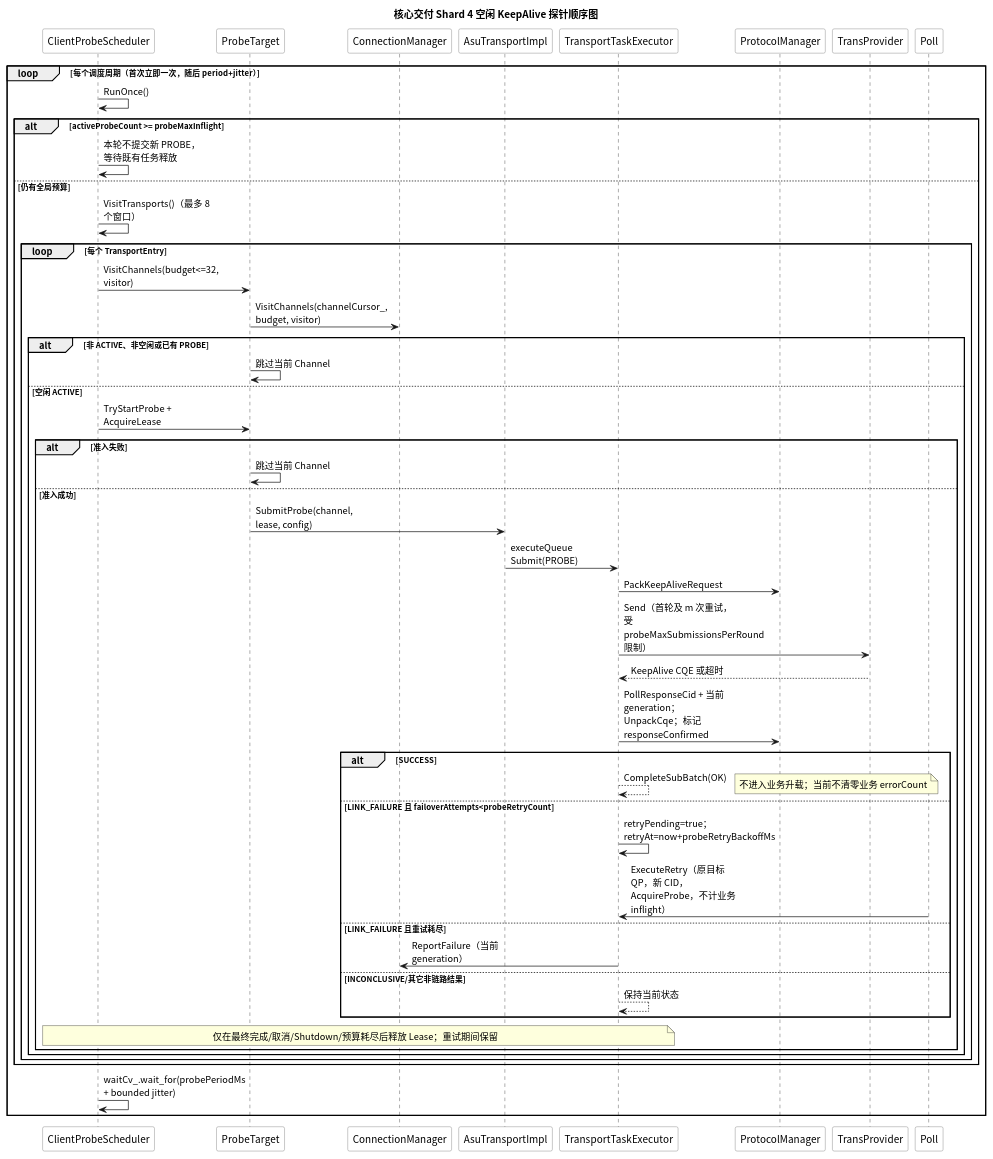
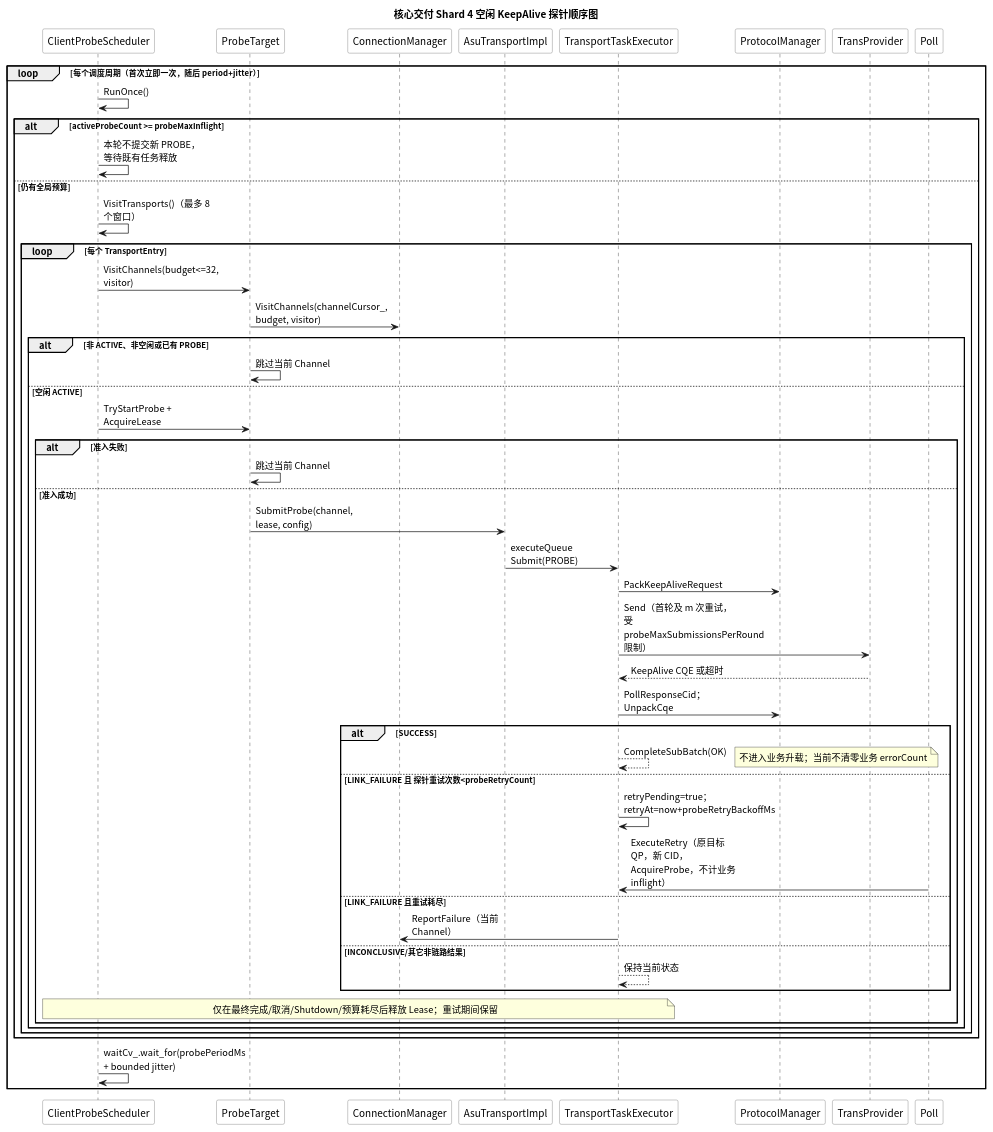
The sixth of 6 diagrams in kv_semantics/docs/SR20261025425863软件Story设计说明书.md (Shiqt233/unified-cache-management), drawn with PlantUML before and after one commit. The commit also changed other lines of this file, not shown here.

````diff
--- a/kv_semantics/docs/SR20261025425863软件Story设计说明书.md
+++ b/kv_semantics/docs/SR20261025425863软件Story设计说明书.md
@@ -1869,60 +1782,60 @@
 ```plantuml
 @startuml
 title 核心交付 Shard 4 空闲 KeepAlive 探针顺序图
 skinparam sequence {
   ParticipantBackgroundColor #FFFFFF
   ParticipantBorderColor #666666
 }
 skinparam defaultFontName "Noto Sans CJK SC"
 skinparam maxMessageSize 160
 skinparam defaultFontName "Noto Sans CJK SC"
 participant "ClientProbeScheduler" as CPS
 participant "ProbeTarget" as PT
 participant "ConnectionManager" as CM
 participant "AsuTransportImpl" as Transport
 participant "TransportTaskExecutor" as Executor
 participant "ProtocolManager" as PM
 participant "TransProvider" as Provider
 
 loop 每个调度周期（首次立即一次，随后 period+jitter）
   CPS -> CPS : RunOnce()
   alt activeProbeCount >= probeMaxInflight
     CPS -> CPS : 本轮不提交新 PROBE，等待既有任务释放
   else 仍有全局预算
     CPS -> CPS : VisitTransports()（最多 8 个窗口）
     loop 每个 TransportEntry
       CPS -> PT : VisitChannels(budget<=32, visitor)
       PT -> CM : VisitChannels(channelCursor_, budget, visitor)
       alt 非 ACTIVE、非空闲或已有 PROBE
         PT -> PT : 跳过当前 Channel
       else 空闲 ACTIVE
         CPS -> PT : TryStartProbe + AcquireLease
         alt 准入失败
           PT -> PT : 跳过当前 Channel
         else 准入成功
           PT -> Transport : SubmitProbe(channel, lease, config)
           Transport -> Executor : executeQueue Submit(PROBE)
           Executor -> PM : PackKeepAliveRequest
           Executor -> Provider : Send（首轮及 m 次重试，受 probeMaxSubmissionsPerRound 限制）
           Provider --> Executor : KeepAlive CQE 或超时
-          Executor -> PM : PollResponseCid + 当前 generation；UnpackCqe；标记 responseConfirmed
+          Executor -> PM : PollResponseCid；UnpackCqe
           alt SUCCESS
             Executor --> Executor : CompleteSubBatch(OK)
             note right : 不进入业务升载；当前不清零业务 errorCount
-          else LINK_FAILURE 且 failoverAttempts<probeRetryCount
+          else LINK_FAILURE 且 探针重试次数<probeRetryCount
             Executor -> Executor : retryPending=true；retryAt=now+probeRetryBackoffMs
             Poll -> Executor : ExecuteRetry（原目标 QP，新 CID，AcquireProbe，不计业务 inflight）
           else LINK_FAILURE 且重试耗尽
-            Executor -> CM : ReportFailure（当前 generation）
+            Executor -> CM : ReportFailure（当前 Channel）
           else INCONCLUSIVE/其它非链路结果
             Executor --> Executor : 保持当前状态
           end
           note over Executor,CPS : 仅在最终完成/取消/Shutdown/预算耗尽后释放 Lease；重试期间保留
         end
       end
     end
   end
   CPS -> CPS : waitCv_.wait_for(probePeriodMs + bounded jitter)
 end
 @enduml
 ```
````
